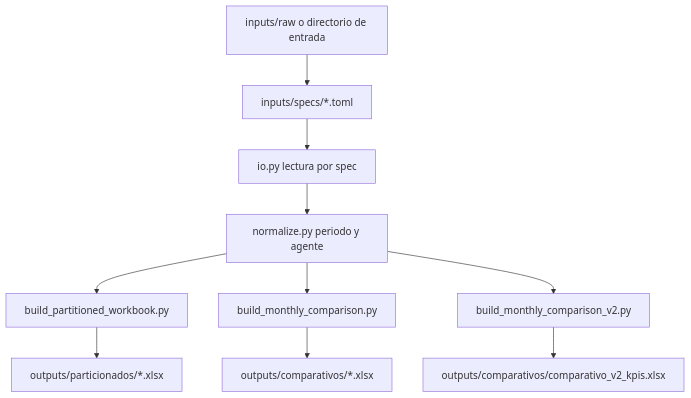
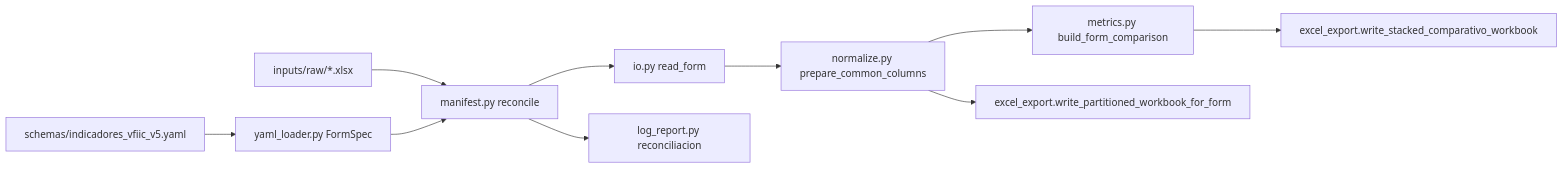
The first of 2 diagrams in docs/arquitectura.md (jesusrloza/vfiic-kpis-operativos), drawn with Mermaid before and after one commit. The commit also changed other lines of this file and 40 other files, not shown here.

````diff
--- a/docs/arquitectura.md
+++ b/docs/arquitectura.md
@@ -39,12 +20,12 @@
 ```mermaid
-flowchart TD
-  rawInputs["inputs/raw o directorio de entrada"] --> specs["inputs/specs/*.toml"]
-  specs --> reader["io.py lectura por spec"]
-  reader --> normalize["normalize.py periodo y agente"]
-  normalize --> partitioned["build_partitioned_workbook.py"]
-  normalize --> comparison["build_monthly_comparison.py"]
-  normalize --> comparisonv2["build_monthly_comparison_v2.py"]
-  partitioned --> outPart["outputs/particionados/*.xlsx"]
-  comparison --> outComp["outputs/comparativos/*.xlsx"]
-  comparisonv2 --> outCompV2["outputs/comparativos/comparativo_v2_kpis.xlsx"]
+flowchart LR
+  yaml["schemas/indicadores_vfiic_v5.yaml"] --> loader["yaml_loader.py FormSpec"]
+  rawDir["inputs/raw/*.xlsx"] --> manifest["manifest.py reconcile"]
+  loader --> manifest
+  manifest --> reader["io.py read_form"]
+  reader --> normalize["normalize.py prepare_common_columns"]
+  normalize --> metrics["metrics.py build_form_comparison"]
+  normalize --> partWriter["excel_export.write_partitioned_workbook_for_form"]
+  metrics --> stackWriter["excel_export.write_stacked_comparativo_workbook"]
+  manifest --> logs["log_report.py reconciliacion"]
 ```
````
